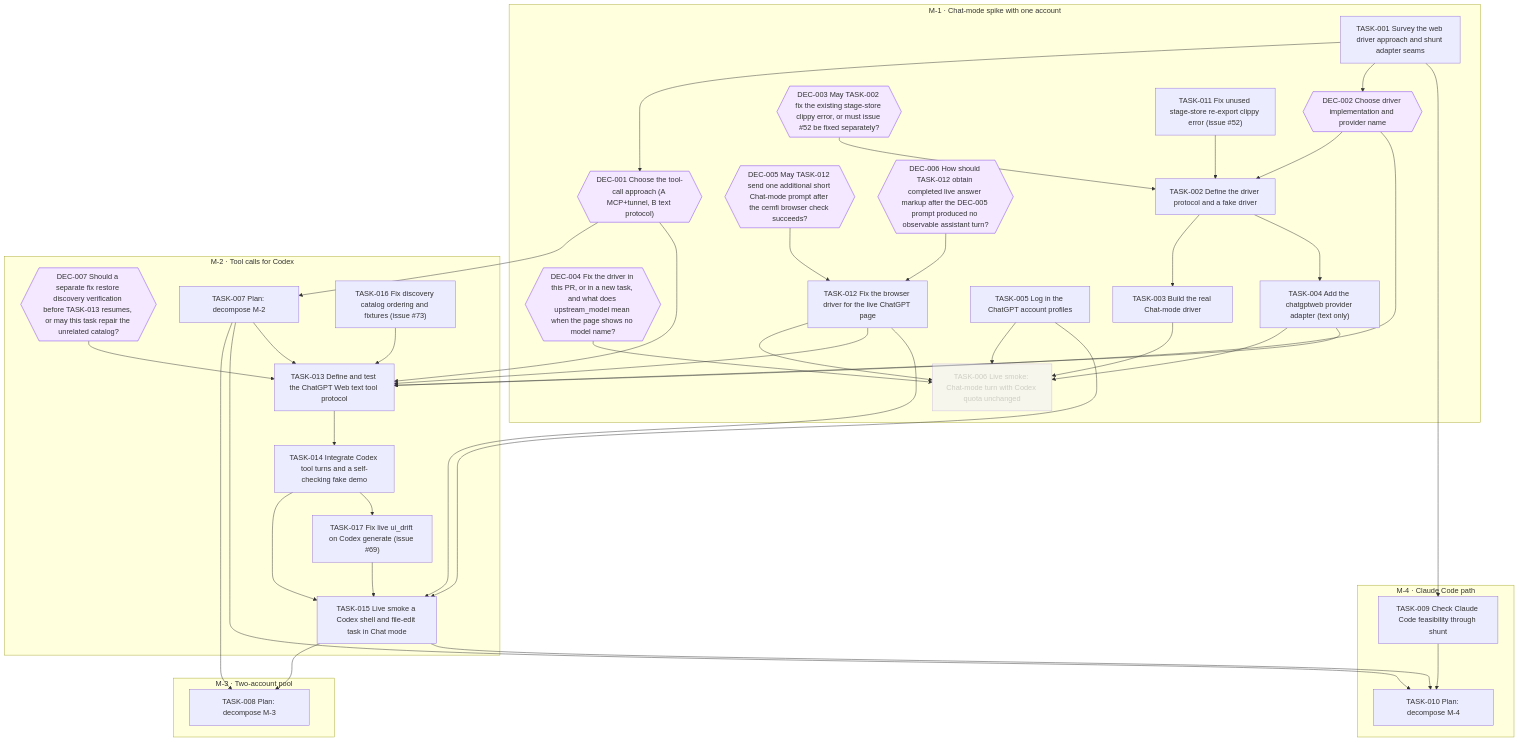
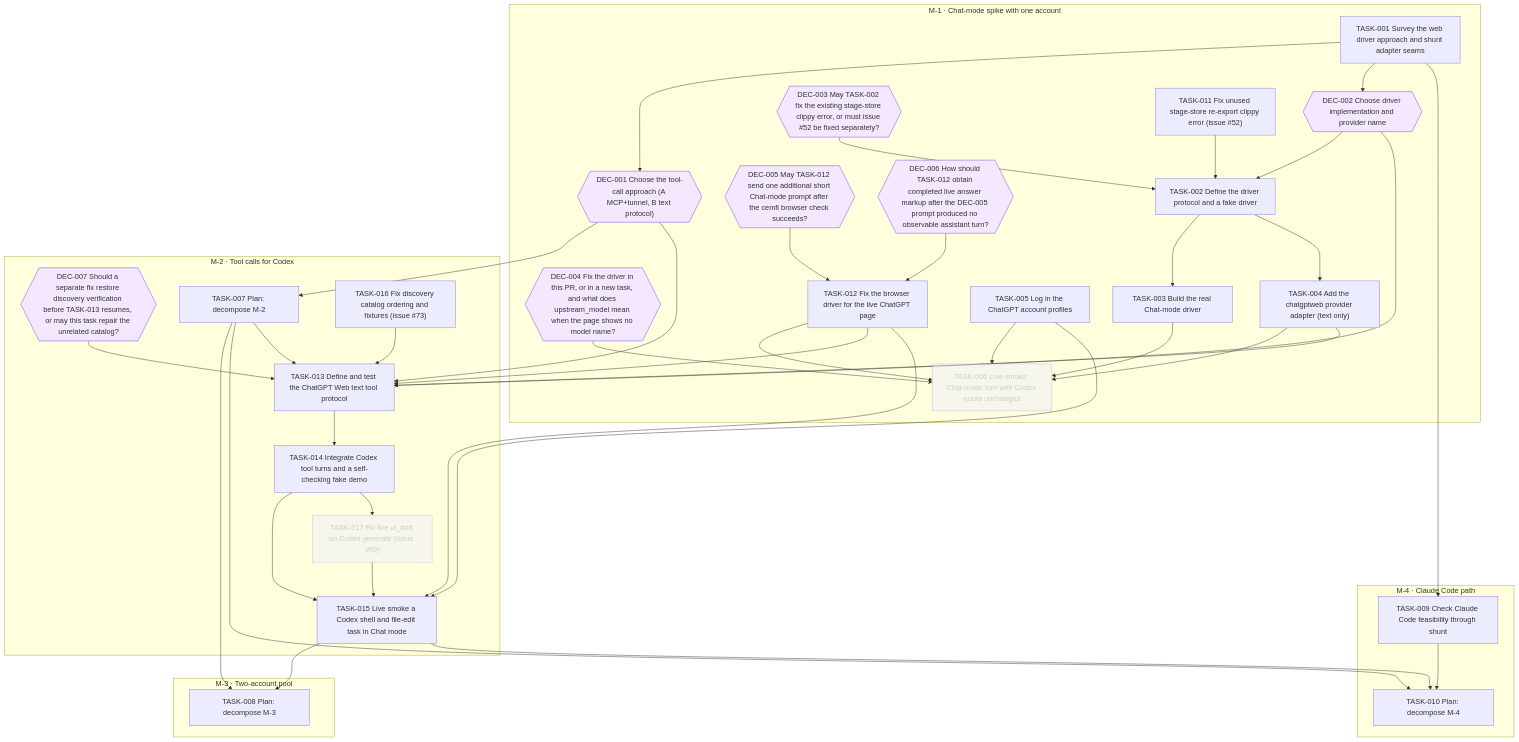
The diagram in goals/chatgptweb-provider/README.md (jesusvillota/shunt), drawn with Mermaid before and after one commit. The commit also changed 2 other files, not shown here.

Commit message:
goal(chatgptweb-provider): cancel TASK-017: Goal called off by owner 2026-10-28: ChatGPT web is now driven through Orca's browser via the delegate-chatgptweb skill.

````diff
--- a/goals/chatgptweb-provider/README.md
+++ b/goals/chatgptweb-provider/README.md
@@ -132,80 +132,81 @@
 ```mermaid
 flowchart TD
   subgraph M_1["M-1 · Chat-mode spike with one account"]
     DEC_001{{"DEC-001 Choose the tool-call approach (A MCP+tunnel, B text protocol)"}}
     DEC_002{{"DEC-002 Choose driver implementation and provider name"}}
     DEC_003{{"DEC-003 May TASK-002 fix the existing stage-store clippy error, or must issue #52 be fixed separately?"}}
     DEC_004{{"DEC-004 Fix the driver in this PR, or in a new task, and what does upstream_model mean when the page shows no model name?"}}
     DEC_005{{"DEC-005 May TASK-012 send one additional short Chat-mode prompt after the cemfi browser check succeeds?"}}
     DEC_006{{"DEC-006 How should TASK-012 obtain completed live answer markup after the DEC-005 prompt produced no observable assistant turn?"}}
     TASK_001["TASK-001 Survey the web driver approach and shunt adapter seams"]
     TASK_002["TASK-002 Define the driver protocol and a fake driver"]
     TASK_003["TASK-003 Build the real Chat-mode driver"]
     TASK_004["TASK-004 Add the chatgptweb provider adapter (text only)"]
     TASK_005["TASK-005 Log in the ChatGPT account profiles"]
     TASK_006["TASK-006 Live smoke: Chat-mode turn with Codex quota unchanged"]
     TASK_011["TASK-011 Fix unused stage-store re-export clippy error (issue #52)"]
     TASK_012["TASK-012 Fix the browser driver for the live ChatGPT page"]
   end
   subgraph M_2["M-2 · Tool calls for Codex"]
     DEC_007{{"DEC-007 Should a separate fix restore discovery verification before TASK-013 resumes, or may this task repair the unrelated catalog?"}}
     TASK_007["TASK-007 Plan: decompose M-2"]
     TASK_013["TASK-013 Define and test the ChatGPT Web text tool protocol"]
     TASK_014["TASK-014 Integrate Codex tool turns and a self-checking fake demo"]
     TASK_015["TASK-015 Live smoke a Codex shell and file-edit task in Chat mode"]
     TASK_016["TASK-016 Fix discovery catalog ordering and fixtures (issue #73)"]
     TASK_017["TASK-017 Fix live ui_drift on Codex generate (issue #69)"]
   end
   subgraph M_3["M-3 · Two-account pool"]
     TASK_008["TASK-008 Plan: decompose M-3"]
   end
   subgraph M_4["M-4 · Claude Code path"]
     TASK_009["TASK-009 Check Claude Code feasibility through shunt"]
     TASK_010["TASK-010 Plan: decompose M-4"]
   end
   TASK_001 --> DEC_001
   TASK_001 --> DEC_002
   DEC_002 --> TASK_002
   DEC_003 --> TASK_002
   TASK_011 --> TASK_002
   TASK_002 --> TASK_003
   TASK_002 --> TASK_004
   TASK_003 --> TASK_006
   TASK_004 --> TASK_006
   TASK_005 --> TASK_006
   DEC_004 --> TASK_006
   TASK_012 --> TASK_006
   DEC_001 --> TASK_007
   TASK_007 --> TASK_008
   TASK_015 --> TASK_008
   TASK_001 --> TASK_009
   TASK_007 --> TASK_010
   TASK_009 --> TASK_010
   TASK_015 --> TASK_010
   DEC_005 --> TASK_012
   DEC_006 --> TASK_012
   TASK_007 --> TASK_013
   TASK_004 --> TASK_013
   TASK_012 --> TASK_013
   DEC_001 --> TASK_013
   DEC_002 --> TASK_013
   DEC_007 --> TASK_013
   TASK_016 --> TASK_013
   TASK_013 --> TASK_014
   TASK_014 --> TASK_015
   TASK_005 --> TASK_015
   TASK_012 --> TASK_015
   TASK_017 --> TASK_015
   TASK_014 --> TASK_017
   classDef draft stroke-dasharray: 4 3
   classDef cancelled opacity:0.45
   classDef decision fill:#f3e8ff,stroke:#7c3aed
   class TASK_006 cancelled
+  class TASK_017 cancelled
   class DEC_001 decision
   class DEC_002 decision
   class DEC_003 decision
   class DEC_004 decision
   class DEC_005 decision
   class DEC_006 decision
   class DEC_007 decision
 ```
````
